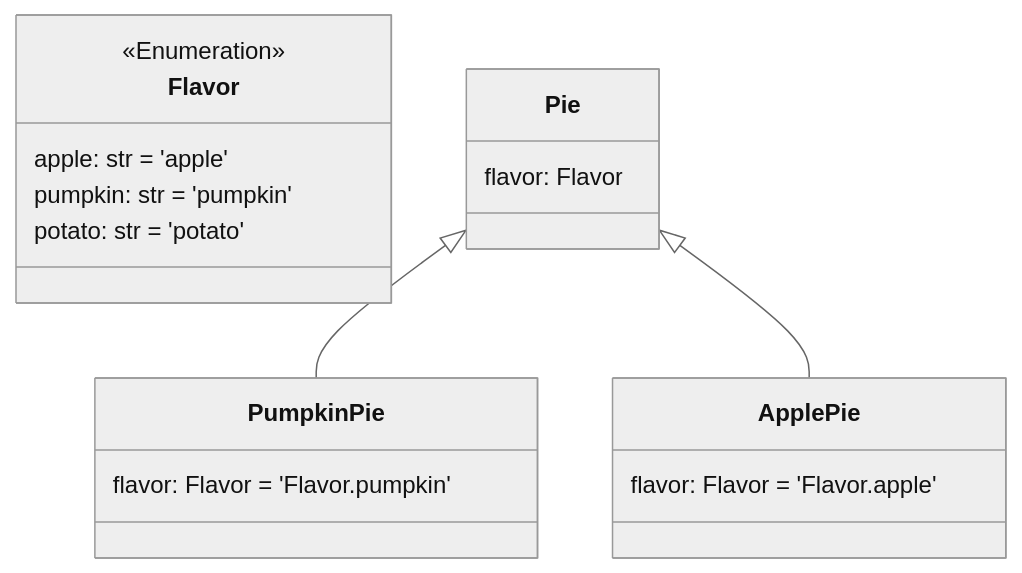
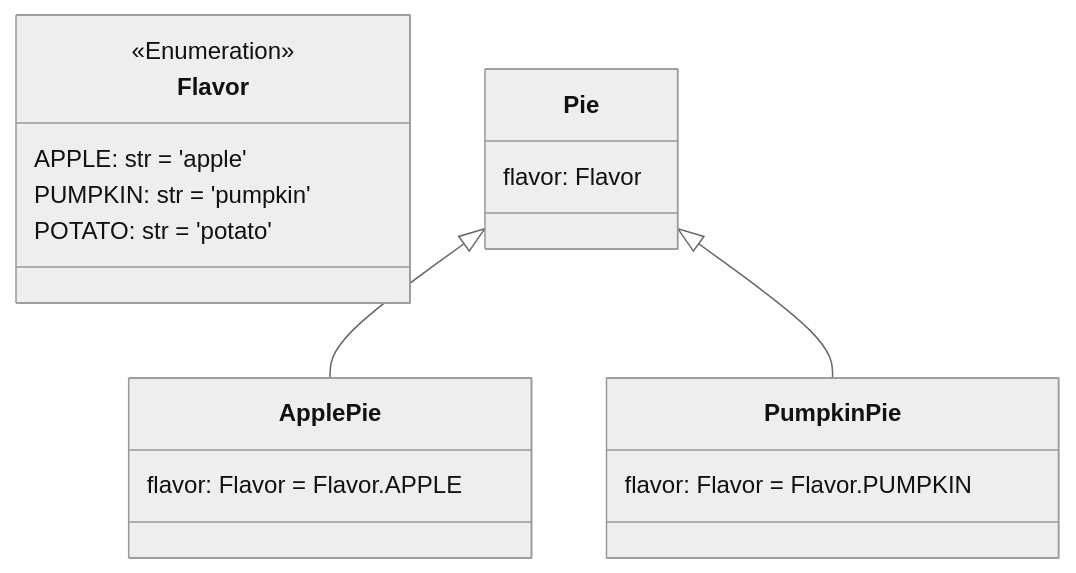
One commit to EricWebsmith/pydantic-2-mermaid changed the diagram in tests/mock/enum_example.md. Above: the diagram before and after it, drawn with Mermaid (neutral theme). The commit also changed 2 other files, not shown here.

Commit message:
fix enum default value

````diff
--- a/tests/mock/enum_example.md
+++ b/tests/mock/enum_example.md
@@ -1,27 +1,27 @@
 ```mermaid
 classDiagram
 
     class Flavor {
         <<Enumeration>>
-        apple: str = 'apple'
-        pumpkin: str = 'pumpkin'
-        potato: str = 'potato'
+        APPLE: str = 'apple'
+        PUMPKIN: str = 'pumpkin'
+        POTATO: str = 'potato'
     }
 
     class Pie {
         flavor: Flavor
     }
 
     class ApplePie {
-        flavor: Flavor = 'Flavor.apple'
+        flavor: Flavor = Flavor.APPLE
     }
 
     class PumpkinPie {
-        flavor: Flavor = 'Flavor.pumpkin'
+        flavor: Flavor = Flavor.PUMPKIN
     }
 
 
+    Pie <|-- ApplePie
     Pie <|-- PumpkinPie
-    Pie <|-- ApplePie
 
 ```
````
